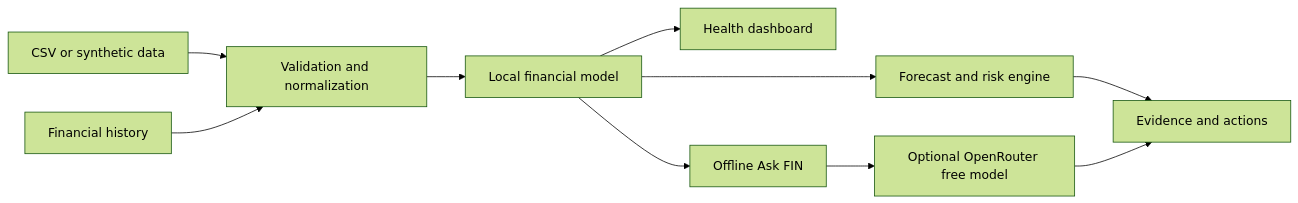
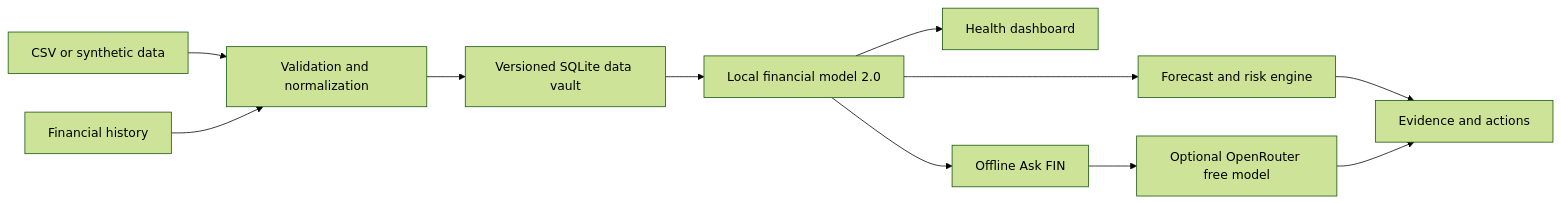
Before and after one commit to AnantHejib/HACKMATRIX-5.0: the diagram in README.md, drawn with Mermaid (forest theme). The commit also changed other lines of this file and 14 other files, not shown here.

Commit message:
Add durable financial data vault and analysis model 2.0

````diff
--- a/README.md
+++ b/README.md
@@ -87,12 +92,13 @@
 ```mermaid
 flowchart LR
     A[CSV or synthetic data] --> B[Validation and normalization]
     H[Financial history] --> B
-    B --> C[Local financial model]
+    B --> DB[Versioned SQLite data vault]
+    DB --> C[Local financial model 2.0]
     C --> D[Health dashboard]
     C --> E[Forecast and risk engine]
     C --> F[Offline Ask FIN]
     F --> G[Optional OpenRouter free model]
     E --> I[Evidence and actions]
     G --> I
 ```
````
